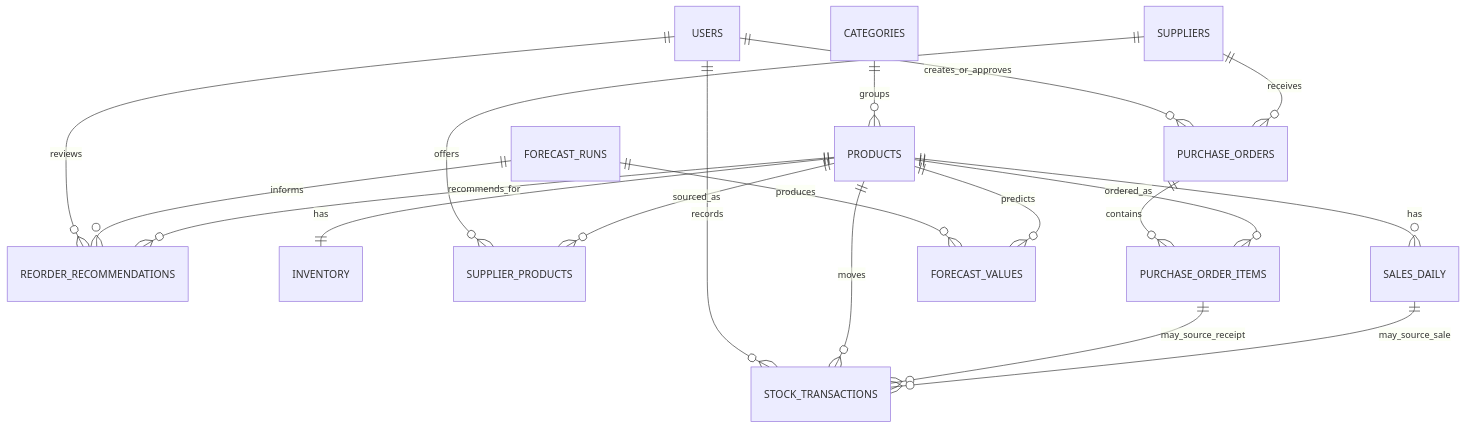
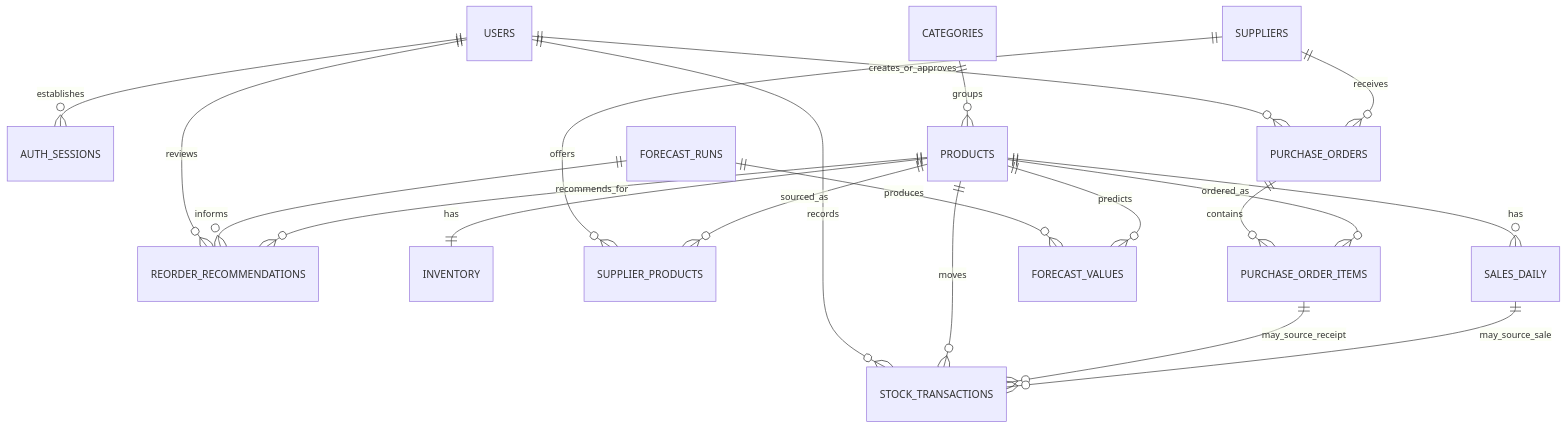
One commit to TheMrQ/SmartInventoryMarket changed the diagram in docs/02_database_schema.md. Above: the diagram before and after it, drawn with Mermaid. The commit also changed other lines of this file and 15 other files, not shown here.

````diff
--- a/docs/02_database_schema.md
+++ b/docs/02_database_schema.md
@@ -20,21 +20,22 @@
 ```mermaid
 erDiagram
+    USERS ||--o{ AUTH_SESSIONS : establishes
     USERS ||--o{ PURCHASE_ORDERS : creates_or_approves
     USERS ||--o{ STOCK_TRANSACTIONS : records
     USERS ||--o{ REORDER_RECOMMENDATIONS : reviews
     CATEGORIES ||--o{ PRODUCTS : groups
     PRODUCTS ||--|| INVENTORY : has
     SUPPLIERS ||--o{ SUPPLIER_PRODUCTS : offers
     PRODUCTS ||--o{ SUPPLIER_PRODUCTS : sourced_as
     PRODUCTS ||--o{ SALES_DAILY : has
     SUPPLIERS ||--o{ PURCHASE_ORDERS : receives
     PURCHASE_ORDERS ||--o{ PURCHASE_ORDER_ITEMS : contains
     PRODUCTS ||--o{ PURCHASE_ORDER_ITEMS : ordered_as
     PRODUCTS ||--o{ STOCK_TRANSACTIONS : moves
     PURCHASE_ORDER_ITEMS ||--o{ STOCK_TRANSACTIONS : may_source_receipt
     SALES_DAILY ||--o{ STOCK_TRANSACTIONS : may_source_sale
     FORECAST_RUNS ||--o{ FORECAST_VALUES : produces
     PRODUCTS ||--o{ FORECAST_VALUES : predicts
     FORECAST_RUNS ||--o{ REORDER_RECOMMENDATIONS : informs
     PRODUCTS ||--o{ REORDER_RECOMMENDATIONS : recommends_for
 ```
````
